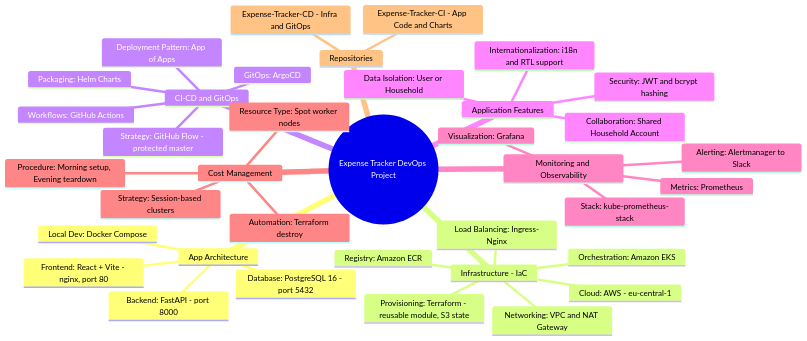
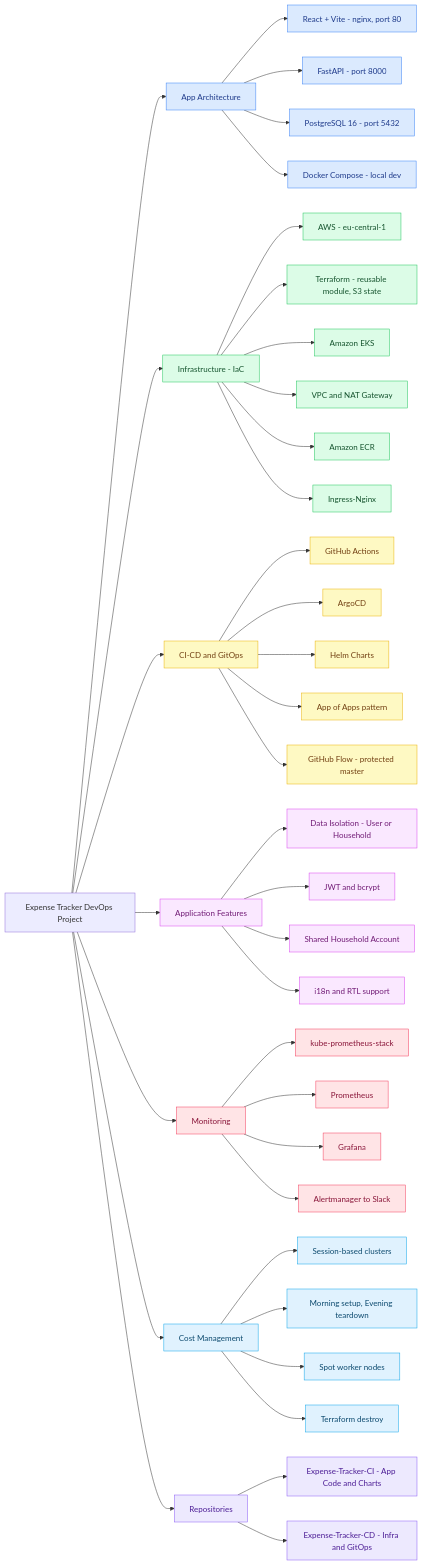
Before and after one commit to NiceXD1204/Expense-Tracker-CI: the diagram in README.md, drawn with Mermaid.

Commit message:
docs: switch architecture to clean flowchart LR tree

````diff
--- a/README.md
+++ b/README.md
@@ -20,40 +20,63 @@
 ```mermaid
-mindmap
-  root((Expense Tracker DevOps Project))
-    App Architecture
-      Frontend: React + Vite - nginx, port 80
-      Backend: FastAPI - port 8000
-      Database: PostgreSQL 16 - port 5432
-      Local Dev: Docker Compose
-    Infrastructure - IaC
-      Cloud: AWS - eu-central-1
-      Provisioning: Terraform - reusable module, S3 state
-      Orchestration: Amazon EKS
-      Networking: VPC and NAT Gateway
-      Registry: Amazon ECR
-      Load Balancing: Ingress-Nginx
-    CI-CD and GitOps
-      Workflows: GitHub Actions
-      GitOps: ArgoCD
-      Packaging: Helm Charts
-      Deployment Pattern: App of Apps
-      Strategy: GitHub Flow - protected master
-    Application Features
-      Data Isolation: User or Household
-      Security: JWT and bcrypt hashing
-      Collaboration: Shared Household Account
-      Internationalization: i18n and RTL support
-    Monitoring and Observability
-      Stack: kube-prometheus-stack
-      Metrics: Prometheus
-      Visualization: Grafana
-      Alerting: Alertmanager to Slack
-    Cost Management
-      Strategy: Session-based clusters
-      Procedure: Morning setup, Evening teardown
-      Resource Type: Spot worker nodes
-      Automation: Terraform destroy
-    Repositories
-      Expense-Tracker-CI - App Code and Charts
-      Expense-Tracker-CD - Infra and GitOps
+flowchart LR
+    Root["Expense Tracker DevOps Project"]
+
+    Root --> AppArch["App Architecture"]
+    AppArch --> A1["React + Vite - nginx, port 80"]
+    AppArch --> A2["FastAPI - port 8000"]
+    AppArch --> A3["PostgreSQL 16 - port 5432"]
+    AppArch --> A4["Docker Compose - local dev"]
+
+    Root --> Infra["Infrastructure - IaC"]
+    Infra --> I1["AWS - eu-central-1"]
+    Infra --> I2["Terraform - reusable module, S3 state"]
+    Infra --> I3["Amazon EKS"]
+    Infra --> I4["VPC and NAT Gateway"]
+    Infra --> I5["Amazon ECR"]
+    Infra --> I6["Ingress-Nginx"]
+
+    Root --> CICD["CI-CD and GitOps"]
+    CICD --> C1["GitHub Actions"]
+    CICD --> C2["ArgoCD"]
+    CICD --> C3["Helm Charts"]
+    CICD --> C4["App of Apps pattern"]
+    CICD --> C5["GitHub Flow - protected master"]
+
+    Root --> Features["Application Features"]
+    Features --> F1["Data Isolation - User or Household"]
+    Features --> F2["JWT and bcrypt"]
+    Features --> F3["Shared Household Account"]
+    Features --> F4["i18n and RTL support"]
+
+    Root --> Mon["Monitoring"]
+    Mon --> M1["kube-prometheus-stack"]
+    Mon --> M2["Prometheus"]
+    Mon --> M3["Grafana"]
+    Mon --> M4["Alertmanager to Slack"]
+
+    Root --> Cost["Cost Management"]
+    Cost --> CM1["Session-based clusters"]
+    Cost --> CM2["Morning setup, Evening teardown"]
+    Cost --> CM3["Spot worker nodes"]
+    Cost --> CM4["Terraform destroy"]
+
+    Root --> Repos["Repositories"]
+    Repos --> R1["Expense-Tracker-CI - App Code and Charts"]
+    Repos --> R2["Expense-Tracker-CD - Infra and GitOps"]
+
+    classDef appArch fill:#dbeafe,stroke:#3b82f6,color:#1e3a8a;
+    classDef infra fill:#dcfce7,stroke:#22c55e,color:#14532d;
+    classDef cicd fill:#fef9c3,stroke:#eab308,color:#713f12;
+    classDef features fill:#fae8ff,stroke:#d946ef,color:#701a75;
+    classDef mon fill:#ffe4e6,stroke:#f43f5e,color:#881337;
+    classDef cost fill:#e0f2fe,stroke:#0ea5e9,color:#0c4a6e;
+    classDef repos fill:#ede9fe,stroke:#8b5cf6,color:#4c1d95;
+
+    class AppArch,A1,A2,A3,A4 appArch;
+    class Infra,I1,I2,I3,I4,I5,I6 infra;
+    class CICD,C1,C2,C3,C4,C5 cicd;
+    class Features,F1,F2,F3,F4 features;
+    class Mon,M1,M2,M3,M4 mon;
+    class Cost,CM1,CM2,CM3,CM4 cost;
+    class Repos,R1,R2 repos;
 ```
````
